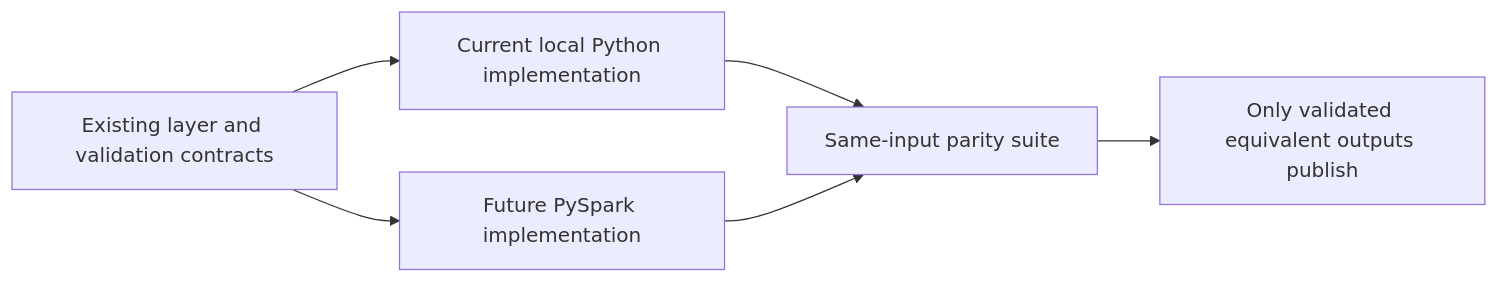
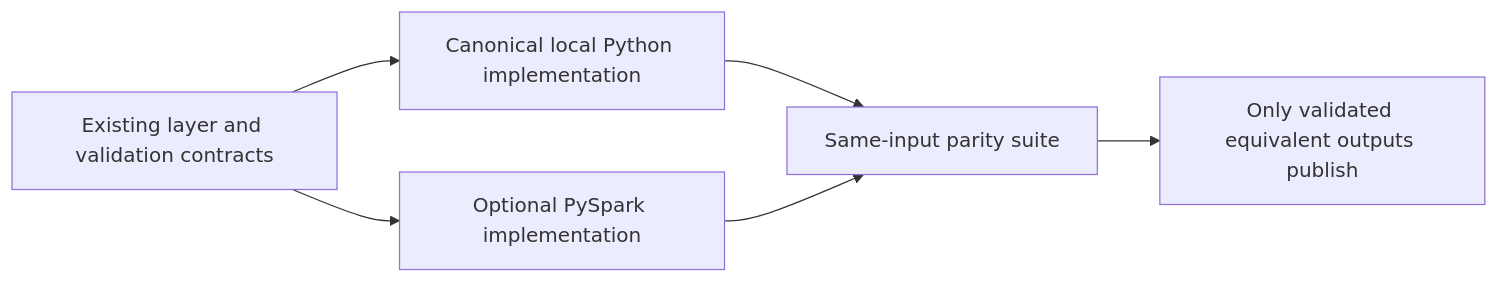
One commit to vdeeplearning/agentic_healthcare_data_platform changed diagram 26 of 49 in README.md. Above: the diagram before and after it, drawn with Mermaid. The commit also changed other lines of this file, not shown here.

Commit message:
Align README with Spark and Airflow architecture

````diff
--- a/README.md
+++ b/README.md
@@ -1395,8 +1395,8 @@
 ```mermaid
 flowchart LR
- CONTRACTS["Existing layer and validation contracts"] --> LOCAL["Current local Python implementation"]
- CONTRACTS --> SPARK["Future PySpark implementation"]
+ CONTRACTS["Existing layer and validation contracts"] --> LOCAL["Canonical local Python implementation"]
+ CONTRACTS --> SPARK["Optional PySpark implementation"]
  LOCAL --> PARITY["Same-input parity suite"]
  SPARK --> PARITY
  PARITY --> PUBLISH["Only validated equivalent outputs publish"]
 ```
````
